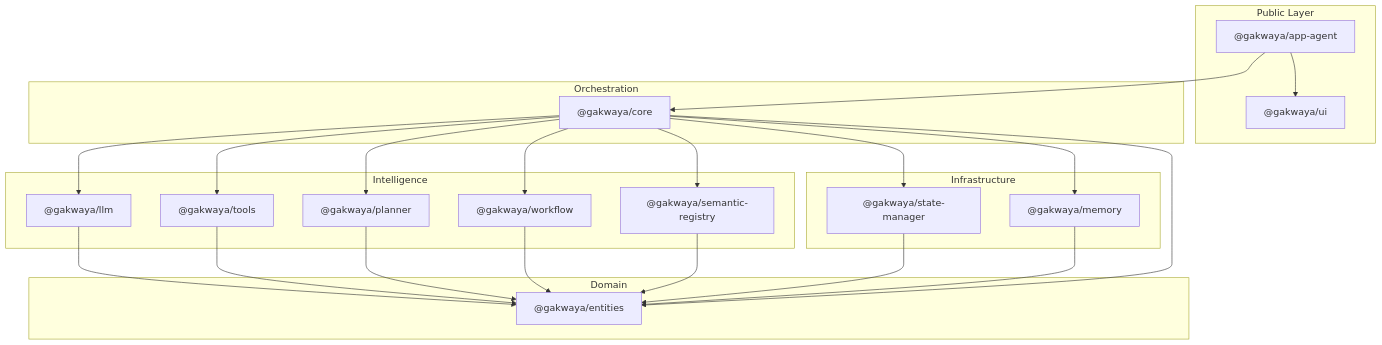
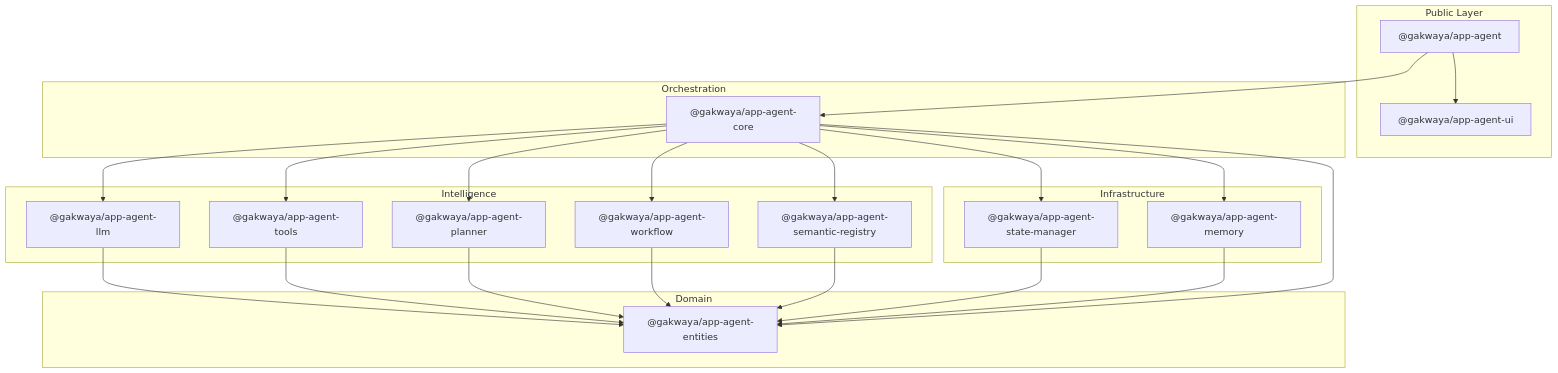
One commit to labKnowledge/app-agent-framework changed the first of 2 diagrams in app-agent/docs/architecture.md. Above: the diagram before and after it, drawn with Mermaid. The commit also changed 122 other files, not shown here.

````diff
--- a/app-agent/docs/architecture.md
+++ b/app-agent/docs/architecture.md
@@ -13,46 +13,46 @@
 ```mermaid
 flowchart TB
   subgraph publicLayer [Public Layer]
     facade["@gakwaya/app-agent"]
-    ui["@gakwaya/ui"]
+    ui["@gakwaya/app-agent-ui"]
   end
 
   subgraph orchestration [Orchestration]
-    core["@gakwaya/core"]
+    core["@gakwaya/app-agent-core"]
   end
 
   subgraph intelligence [Intelligence]
-    llm["@gakwaya/llm"]
-    tools["@gakwaya/tools"]
-    planner["@gakwaya/planner"]
-    workflow["@gakwaya/workflow"]
-    registry["@gakwaya/semantic-registry"]
+    llm["@gakwaya/app-agent-llm"]
+    tools["@gakwaya/app-agent-tools"]
+    planner["@gakwaya/app-agent-planner"]
+    workflow["@gakwaya/app-agent-workflow"]
+    registry["@gakwaya/app-agent-semantic-registry"]
   end
 
   subgraph infrastructure [Infrastructure]
-    sm["@gakwaya/state-manager"]
-    mem["@gakwaya/memory"]
+    sm["@gakwaya/app-agent-state-manager"]
+    mem["@gakwaya/app-agent-memory"]
   end
 
   subgraph domain [Domain]
-    entities["@gakwaya/entities"]
+    entities["@gakwaya/app-agent-entities"]
   end
 
   facade --> core
   facade --> ui
   core --> llm
   core --> tools
   core --> planner
   core --> workflow
   core --> registry
   core --> sm
   core --> mem
   llm --> entities
   tools --> entities
   planner --> entities
   workflow --> entities
   registry --> entities
   sm --> entities
   mem --> entities
   core --> entities
 ```
````
